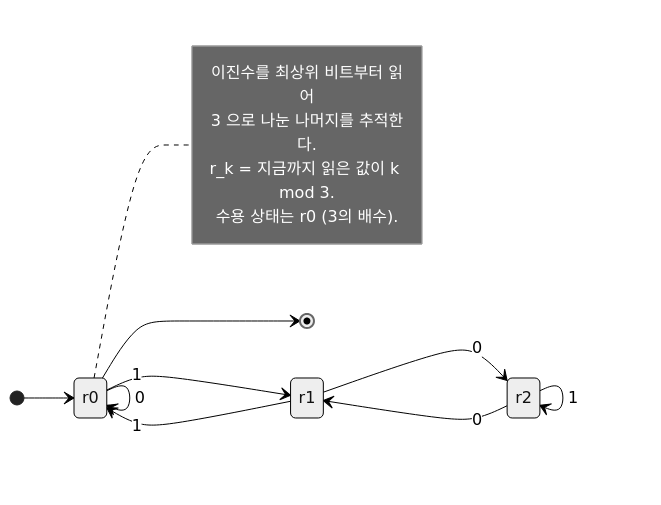
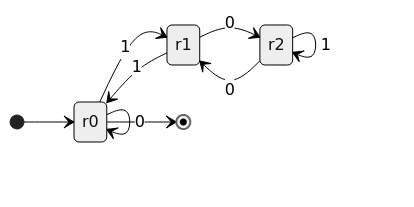
The diagram in docs/finite-automata.md (Phryxia/math-map), drawn with Mermaid (neutral theme) before and after one commit. The commit also changed other lines of this file and 1 other file, not shown here.

````diff
--- a/docs/finite-automata.md
+++ b/docs/finite-automata.md
@@ -21,18 +15,12 @@
 ```mermaid
 stateDiagram-v2
   direction LR
   [*] --> r0
   r0 --> r0 : 0
   r0 --> r1 : 1
   r1 --> r2 : 0
   r1 --> r0 : 1
   r2 --> r1 : 0
   r2 --> r2 : 1
   r0 --> [*]
-  note right of r0
-    이진수를 최상위 비트부터 읽어
-    3 으로 나눈 나머지를 추적한다.
-    r_k = 지금까지 읽은 값이 k mod 3.
-    수용 상태는 r0 (3의 배수).
-  end note
 ```
````
